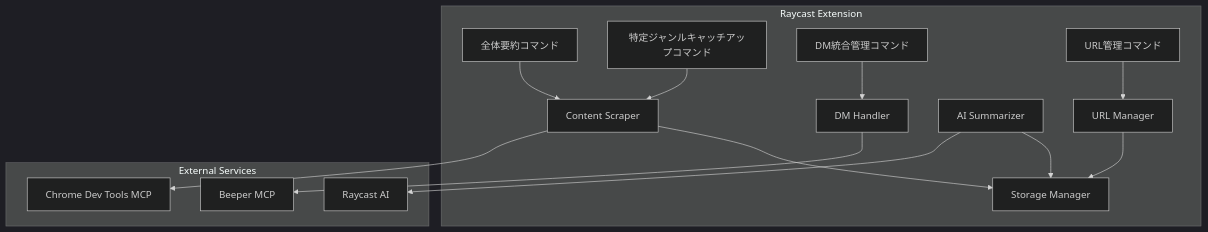
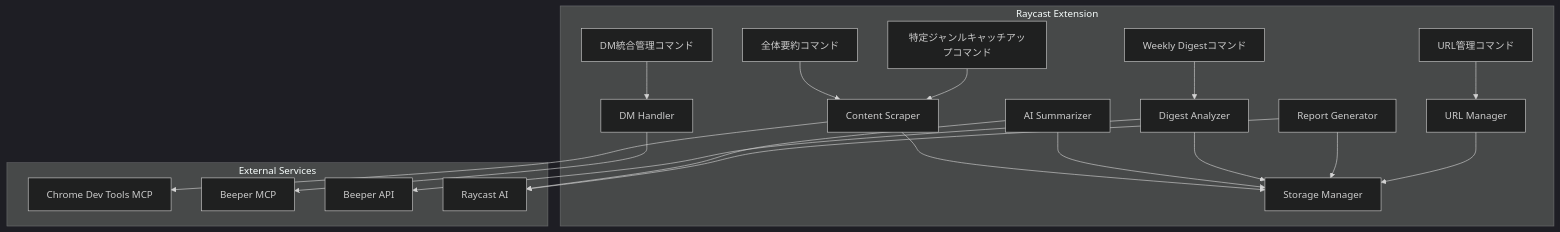
One commit to r1cA18/SNS-Router changed the diagram in .kiro/specs/sns-aggregator/design.md. Above: the diagram before and after it, drawn with Mermaid (dark theme). The commit also changed other lines of this file and 8 other files, not shown here.

Commit message:
feat: implement unread summarize & weekly report

````diff
--- a/.kiro/specs/sns-aggregator/design.md
+++ b/.kiro/specs/sns-aggregator/design.md
@@ -19,33 +21,42 @@
 ```mermaid
 graph TB
     subgraph "Raycast Extension"
         CMD1[全体要約コマンド]
         CMD2[特定ジャンルキャッチアップコマンド]
         CMD3[DM統合管理コマンド]
         CMD4[URL管理コマンド]
+        CMD5[Weekly Digestコマンド]
         
         URLMgr[URL Manager]
         Scraper[Content Scraper]
         Summarizer[AI Summarizer]
         DMHandler[DM Handler]
+        DigestAnalyzer[Digest Analyzer]
+        ReportGen[Report Generator]
         Storage[Storage Manager]
     end
     
     subgraph "External Services"
         ChromeMCP[Chrome Dev Tools MCP]
         BeeperMCP[Beeper MCP]
+        BeeperAPI[Beeper API]
         RaycastAI[Raycast AI]
     end
     
     CMD1 --> Scraper
     CMD2 --> Scraper
     CMD3 --> DMHandler
     CMD4 --> URLMgr
+    CMD5 --> DigestAnalyzer
     
     Scraper --> ChromeMCP
     Scraper --> Storage
     Summarizer --> RaycastAI
     Summarizer --> Storage
     DMHandler --> BeeperMCP
+    DigestAnalyzer --> BeeperAPI
+    DigestAnalyzer --> Storage
+    ReportGen --> RaycastAI
+    ReportGen --> Storage
     URLMgr --> Storage
 ```
````
